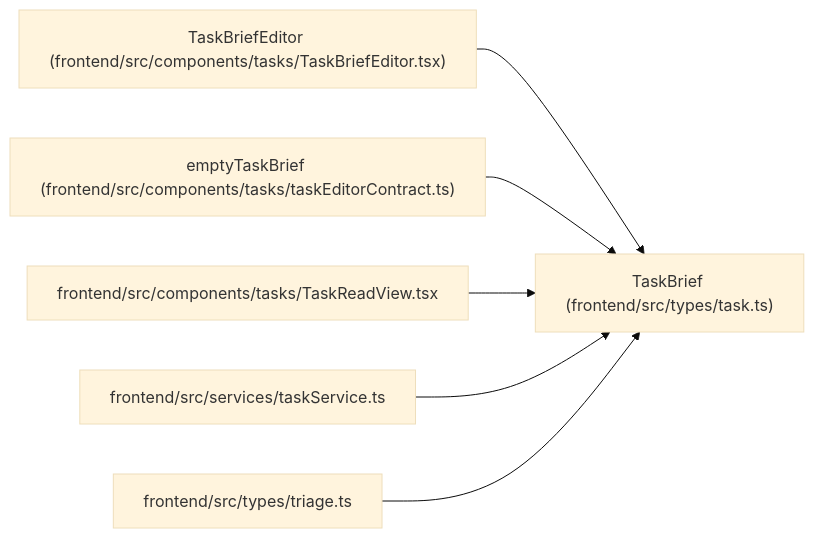
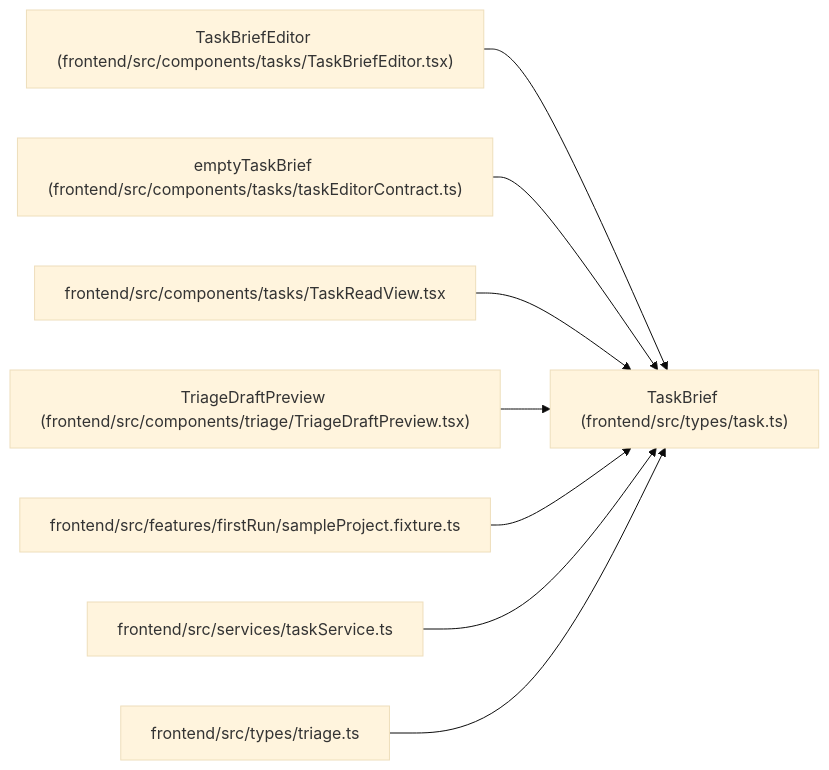
The diagram in docs/llm_wiki/entities/types_task_TaskBrief.md (Denissvgn/WorkChord), drawn with Mermaid (base theme) before and after one commit. The commit also changed other lines of this file and 2373 other files, not shown here.

````diff
--- a/docs/llm_wiki/entities/types_task_TaskBrief.md
+++ b/docs/llm_wiki/entities/types_task_TaskBrief.md
@@ -32,20 +32,26 @@
 ```mermaid
 flowchart LR
     n0["TaskBrief (frontend/src/types/task.ts)"]
     n1["TaskBriefEditor (frontend/src/components/tasks/TaskBriefEditor.tsx)"]
     n2["emptyTaskBrief (frontend/src/components/tasks/taskEditorContract.ts)"]
     n3["frontend/src/components/tasks/TaskReadView.tsx"]
-    n4["frontend/src/services/taskService.ts"]
-    n5["frontend/src/types/triage.ts"]
+    n4["TriageDraftPreview (frontend/src/components/triage/TriageDraftPreview.tsx)"]
+    n5["frontend/src/features/firstRun/sampleProject.fixture.ts"]
+    n6["frontend/src/services/taskService.ts"]
+    n7["frontend/src/types/triage.ts"]
     n1 --> n0
     n2 --> n0
     n3 --> n0
     n4 --> n0
     n5 --> n0
+    n6 --> n0
+    n7 --> n0
     click n0 "../modules/types_task.md"
     click n1 "../modules/TaskBriefEditor.md"
     click n2 "../modules/taskEditorContract.md"
     click n3 "../modules/TaskReadView.md"
-    click n4 "../modules/taskService.md"
-    click n5 "../modules/types_triage.md"
+    click n4 "../modules/TriageDraftPreview.md"
+    click n5 "../modules/sampleProject.fixture.md"
+    click n6 "../modules/taskService.md"
+    click n7 "../modules/types_triage.md"
 ```
````
